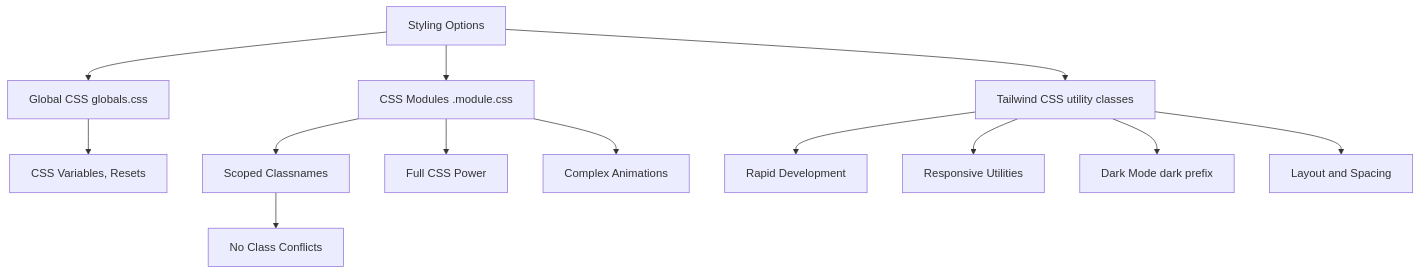
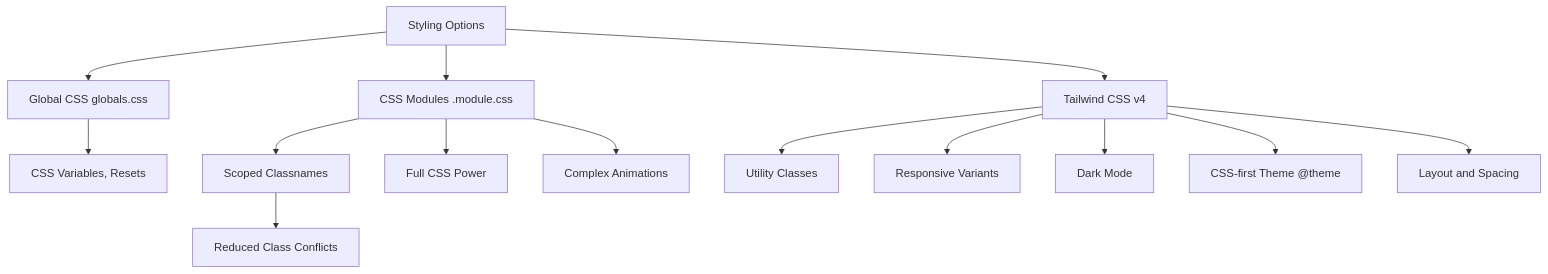
Before and after one commit to kaushalkumar8459/CodingTerminal-Tutorial-Notes: the diagram in tutorial-platform/public/tutorials/nextjs/day-009-styling-css-modules-and-tailwind.md, drawn with Mermaid. The commit also changed other lines of this file, not shown here.

Commit message:
Enhance Day 9 styling for current Tailwind CSS practices

````diff
--- a/tutorial-platform/public/tutorials/nextjs/day-009-styling-css-modules-and-tailwind.md
+++ b/tutorial-platform/public/tutorials/nextjs/day-009-styling-css-modules-and-tailwind.md
@@ -400,15 +447,16 @@
 ```mermaid
 flowchart TD
   A[Styling Options] --> B[Global CSS globals.css]
   A --> C[CSS Modules .module.css]
-  A --> D[Tailwind CSS utility classes]
+  A --> D[Tailwind CSS v4]
   C --> E[Scoped Classnames]
   C --> F[Full CSS Power]
-  D --> G[Rapid Development]
-  D --> H[Responsive Utilities]
-  D --> I[Dark Mode dark prefix]
-  E --> J[No Class Conflicts]
-  B --> K[CSS Variables, Resets]
-  C --> L[Complex Animations]
-  D --> M[Layout and Spacing]
+  D --> G[Utility Classes]
+  D --> H[Responsive Variants]
+  D --> I[Dark Mode]
+  D --> J[CSS-first Theme @theme]
+  E --> K[Reduced Class Conflicts]
+  B --> L[CSS Variables, Resets]
+  C --> M[Complex Animations]
+  D --> N[Layout and Spacing]
 ```
````
